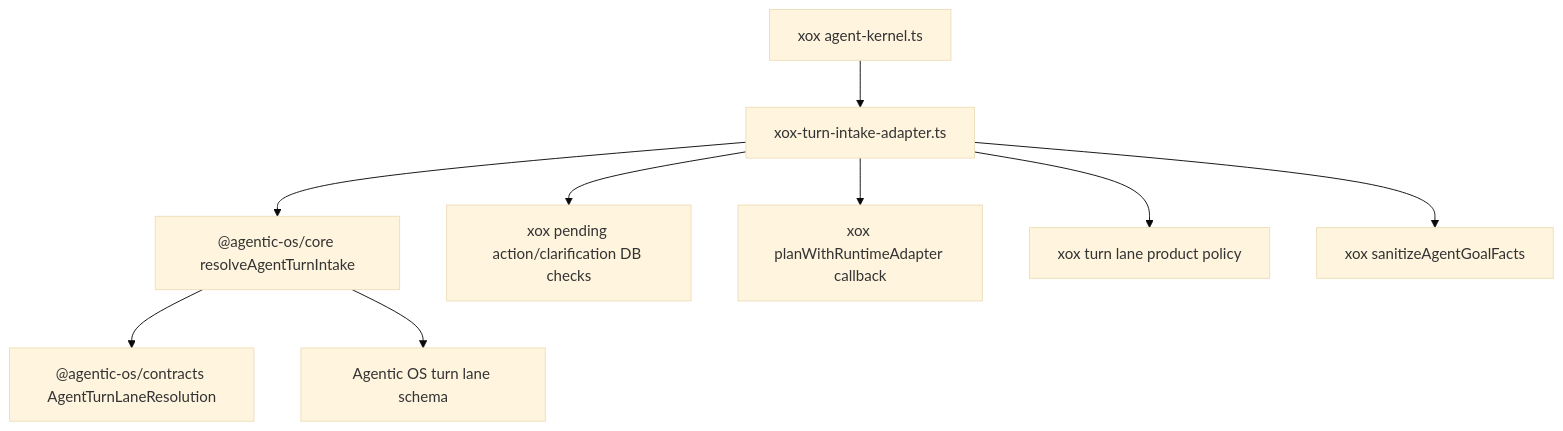
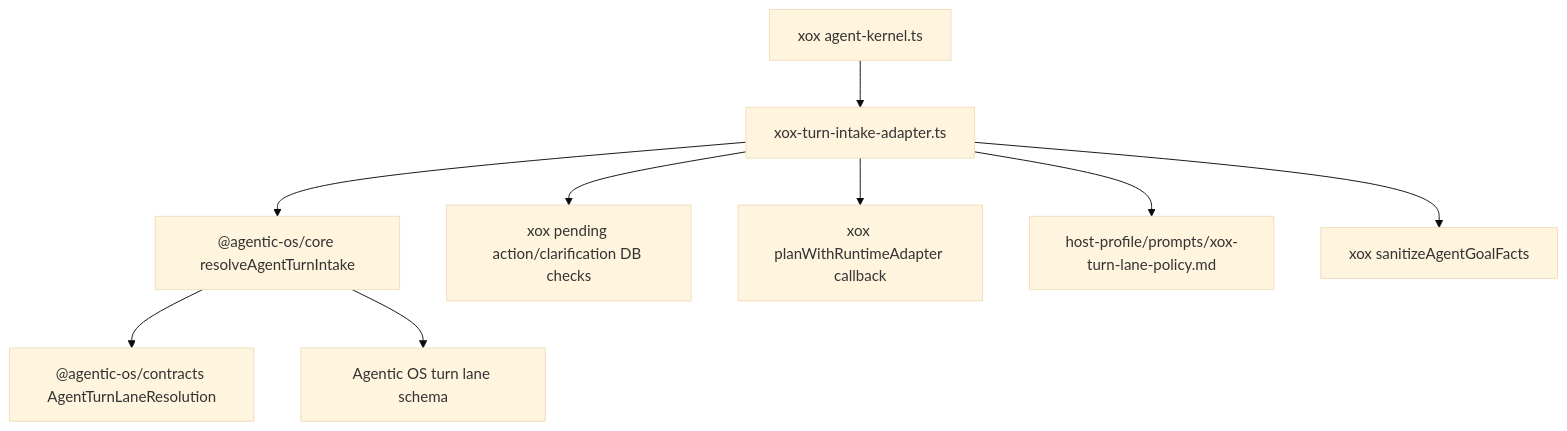
The diagram in docs/agentic-os-integration/m111-turn-intake-core.md (Suysker/xox-model), drawn with Mermaid (base theme) before and after one commit. The commit also changed other lines of this file and 11 other files, not shown here.

Commit message:
refactor(api): keep prompts as host profile assets

````diff
--- a/docs/agentic-os-integration/m111-turn-intake-core.md
+++ b/docs/agentic-os-integration/m111-turn-intake-core.md
@@ -39,11 +39,11 @@
 ```mermaid
 flowchart TD
     Kernel["xox agent-kernel.ts"] --> Adapter["xox-turn-intake-adapter.ts"]
     Adapter --> Intake["@agentic-os/core resolveAgentTurnIntake"]
     Intake --> Contract["@agentic-os/contracts AgentTurnLaneResolution"]
     Intake --> Schema["Agentic OS turn lane schema"]
     Adapter --> PendingDb["xox pending action/clarification DB checks"]
     Adapter --> Runtime["xox planWithRuntimeAdapter callback"]
-    Adapter --> Prompt["xox turn lane product policy"]
+    Adapter --> Prompt["host-profile/prompts/xox-turn-lane-policy.md"]
     Adapter --> GoalFacts["xox sanitizeAgentGoalFacts"]
 ```
````
